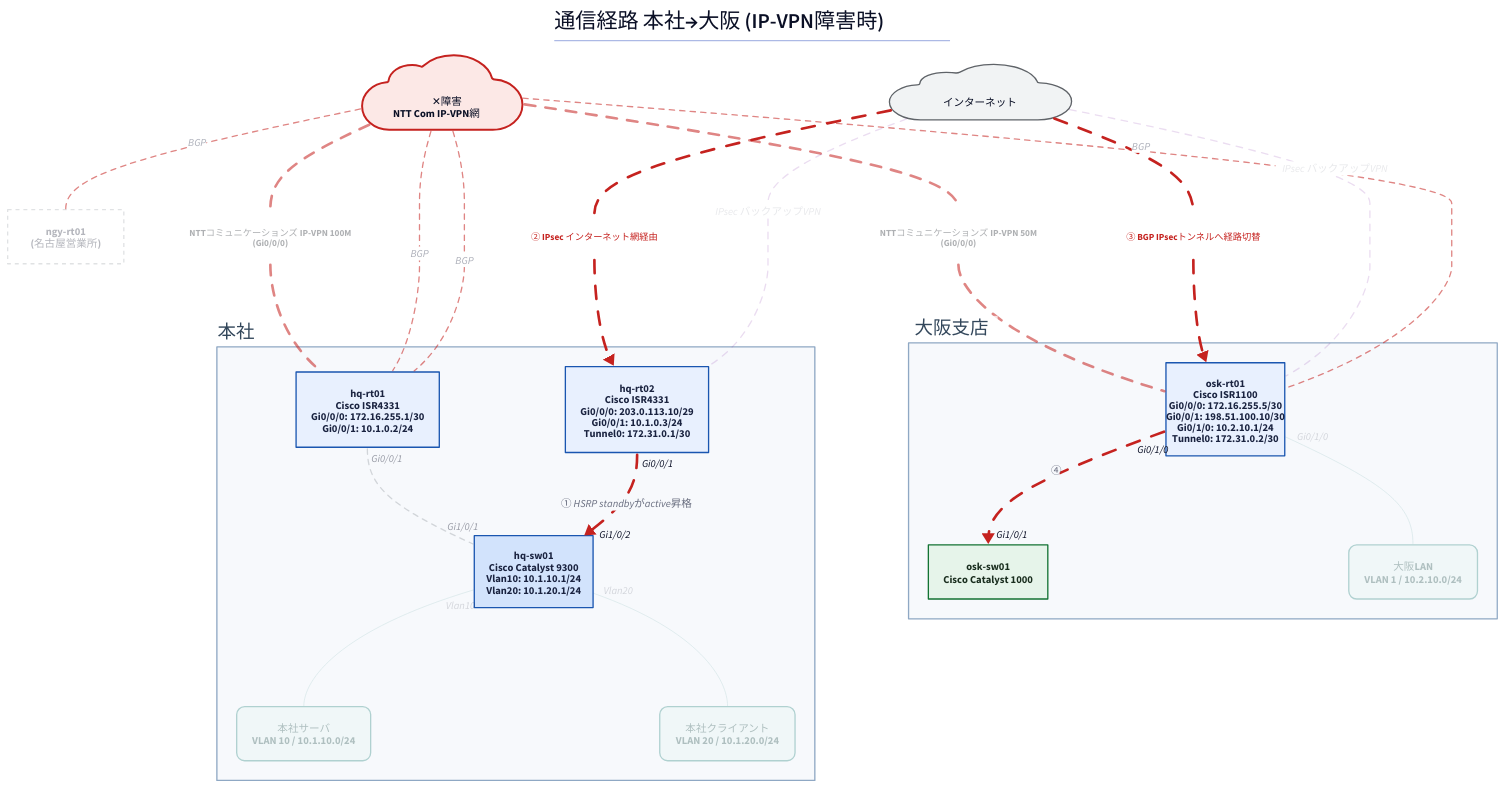
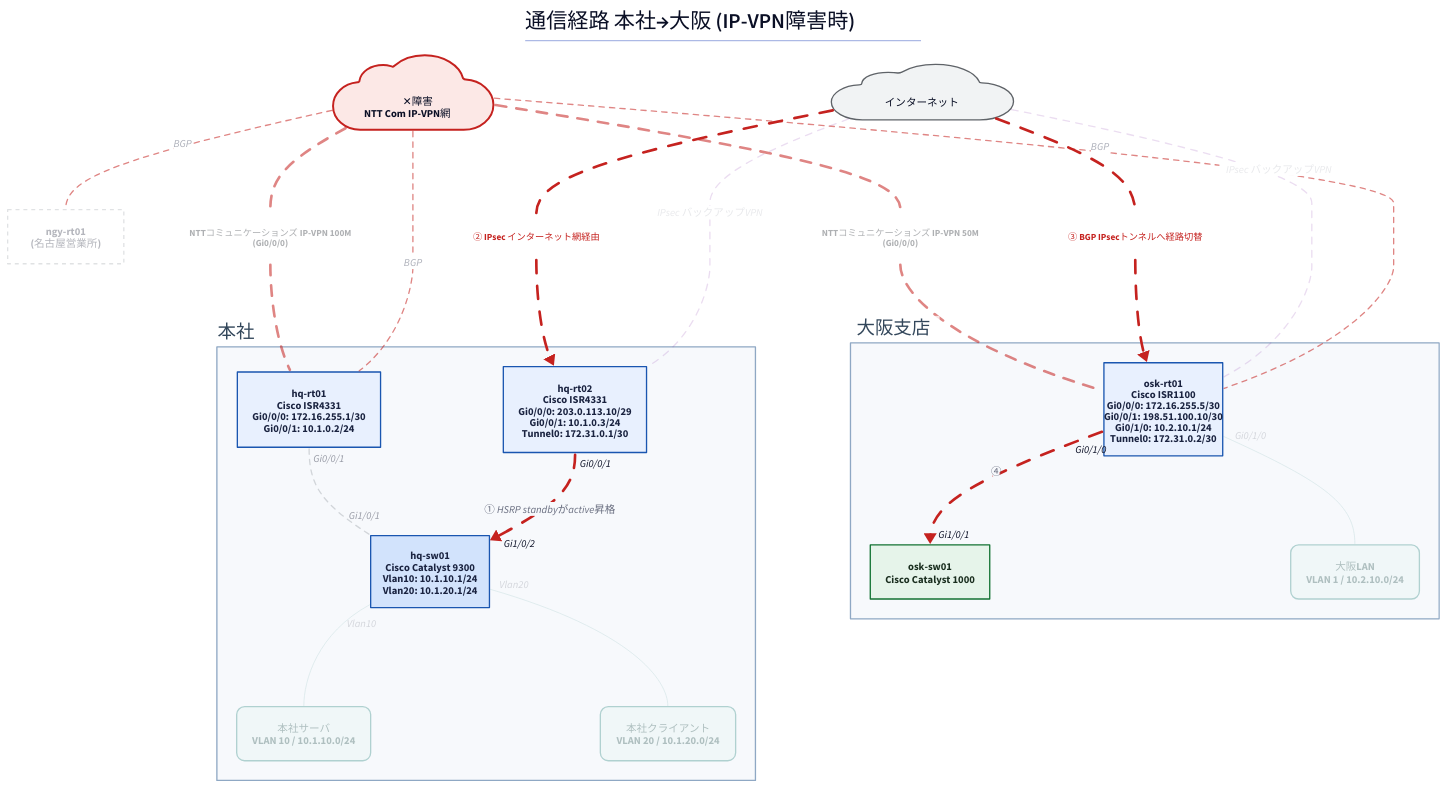
One commit to thinas1115/nwdsl changed the diagram in examples/sample-corp/generated/path-ipvpn-fail.d2. Above: the diagram before and after it, drawn with D2. The commit also changed 31 other files, not shown here.

```diff
--- a/examples/sample-corp/generated/path-ipvpn-fail.d2
+++ b/examples/sample-corp/generated/path-ipvpn-fail.d2
@@ -1,70 +1,69 @@
 title: |md
   # 通信経路 本社→大阪 (IP-VPN障害時)
 | {near: top-center}
 direction: down
 
 classes: {
   role-router: {style.fill: "#e8f0fe"; style.stroke: "#1a56b0"; style.font-color: "#1a2340"}
   role-l3switch: {style.fill: "#d2e3fc"; style.stroke: "#1a56b0"; style.font-color: "#1a2340"}
   role-l2switch: {style.fill: "#e6f4ea"; style.stroke: "#137333"; style.font-color: "#1a2e1f"}
   role-firewall: {style.fill: "#fce8e6"; style.stroke: "#c5221f"; style.font-color: "#3c1a19"}
   role-other: {style.fill: "#f1f3f4"; style.stroke: "#5f6368"; style.font-color: "#202124"}
   node-cloud: {shape: cloud; style.fill: "#f1f3f4"; style.stroke: "#5f6368"}
   node-site: {style.fill: "#fff8e1"; style.stroke: "#b58105"; style.font-color: "#4a3a08"}
   node-segment: {style.fill: "#e2f5f0"; style.stroke: "#0f766e"; style.font-color: "#0b3d38"; style.border-radius: 12}
   node-external: {style.fill: "#ffffff"; style.stroke: "#9aa0a6"; style.stroke-dash: 3}
   group-site: {style.fill: "#f7f9fc"; style.stroke: "#8fa8c4"; style.font-color: "#33475b"}
   edge-label: {style.fill: "transparent"; style.stroke: "transparent"; style.font-size: 14; style.font-color: "#5f6368"; style.italic: true}
   edge-lan-cable: {style.stroke: "#4a4a4a"; style.stroke-width: 2}
   edge-wan-circuit: {style.stroke: "#1a73e8"; style.stroke-width: 4}
   edge-tunnel: {style.stroke: "#7b1fa2"; style.stroke-width: 2; style.stroke-dash: 5}
   edge-logical: {style.stroke: "#188038"; style.stroke-width: 2; style.stroke-dash: 3}
   edge-segment: {style.stroke: "#0f766e"; style.stroke-width: 1}
 }
 
 s_hq: "本社" {
   class: group-site
   label.near: outside-top-left
   n_hq_rt01: "hq-rt01\nCisco ISR4331\nGi0/0/0: 172.16.255.1/30\nGi0/0/1: 10.1.0.2/24" {class: role-router}
   n_hq_sw01: "hq-sw01\nCisco Catalyst 9300\nVlan10: 10.1.10.1/24\nVlan20: 10.1.20.1/24" {class: role-l3switch; width: 180}
   n_hq_rt02: "hq-rt02\nCisco ISR4331\nGi0/0/0: 203.0.113.10/29\nGi0/0/1: 10.1.0.3/24\nTunnel0: 172.31.0.1/30" {class: role-router}
   n_seg__hq_server: "本社サーバ\nVLAN 10 / 10.1.10.0/24" {class: node-segment; style.opacity: 0.3}
   n_seg__hq_client: "本社クライアント\nVLAN 20 / 10.1.20.0/24" {class: node-segment; style.opacity: 0.3}
 }
 
 s_osk: "大阪支店" {
   class: group-site
   label.near: outside-top-left
   n_osk_rt01: "osk-rt01\nCisco ISR1100\nGi0/0/0: 172.16.255.5/30\nGi0/0/1: 198.51.100.10/30\nGi0/1/0: 10.2.10.1/24\nTunnel0: 172.31.0.2/30" {class: role-router; width: 180}
   n_osk_sw01: "osk-sw01\nCisco Catalyst 1000" {class: role-l2switch}
   n_seg__osk_lan: "大阪LAN\nVLAN 1 / 10.2.10.0/24" {class: node-segment; style.opacity: 0.3}
 }
 
 n_ipvpn: "　✕障害\nNTT Com IP-VPN網　" {class: node-cloud; style.stroke: "#c5221f"; style.fill: "#fce8e6"; style.stroke-width: 3}
 n_internet: "　インターネット　" {class: node-cloud}
 n_ngy_rt01: "ngy-rt01\n(名古屋営業所)" {class: node-external; style.opacity: 0.3}
 
 s_hq.n_hq_rt01 -- s_hq.n_hq_sw01 {class: edge-lan-cable; source-arrowhead.label: "Gi0/0/1"; target-arrowhead.label: "Gi1/0/1"; style.stroke: "#9aa0a6"; style.stroke-dash: 4; style.opacity: 0.4}
 s_hq.n_hq_rt02 -> s_hq.n_hq_sw01: "① HSRP standbyがactive昇格" {class: edge-lan-cable; source-arrowhead.label: "Gi0/0/1"; target-arrowhead.label: "Gi1/0/2"; style.stroke: "#c5221f"; style.stroke-width: 4; style.animated: true}
 s_osk.n_osk_rt01 -> s_osk.n_osk_sw01: "④" {class: edge-lan-cable; source-arrowhead.label: "Gi0/1/0"; target-arrowhead.label: "Gi1/0/1"; style.stroke: "#c5221f"; style.stroke-width: 4; style.animated: true}
 lbl_3: "NTTコミュニケーションズ IP-VPN 100M\n(Gi0/0/0)" {class: edge-label; style.opacity: 0.5}
 n_ipvpn -- lbl_3 {class: edge-wan-circuit; style.stroke: "#c5221f"; style.stroke-dash: 4; style.opacity: 0.55}
 lbl_3 -- s_hq.n_hq_rt01 {class: edge-wan-circuit; style.stroke: "#c5221f"; style.stroke-dash: 4; style.opacity: 0.55}
 lbl_4: "NTTコミュニケーションズ IP-VPN 50M\n(Gi0/0/0)" {class: edge-label; style.opacity: 0.5}
 n_ipvpn -- lbl_4 {class: edge-wan-circuit; style.stroke: "#c5221f"; style.stroke-dash: 4; style.opacity: 0.55}
 lbl_4 -- s_osk.n_osk_rt01 {class: edge-wan-circuit; style.stroke: "#c5221f"; style.stroke-dash: 4; style.opacity: 0.55}
 lbl_5: "② IPsec インターネット網経由" {class: edge-label; style.font-color: "#c5221f"; style.bold: true}
 n_internet -- lbl_5 {class: edge-wan-circuit; style.stroke: "#c5221f"; style.stroke-width: 4; style.animated: true}
 lbl_5 -> s_hq.n_hq_rt02 {class: edge-wan-circuit; style.stroke: "#c5221f"; style.stroke-width: 4; style.animated: true}
 lbl_6: "③ BGP IPsecトンネルへ経路切替" {class: edge-label; style.font-color: "#c5221f"; style.bold: true}
 n_internet -- lbl_6 {class: edge-wan-circuit; style.stroke: "#c5221f"; style.stroke-width: 4; style.animated: true}
 lbl_6 -> s_osk.n_osk_rt01 {class: edge-wan-circuit; style.stroke: "#c5221f"; style.stroke-width: 4; style.animated: true}
 n_internet -- s_hq.n_hq_rt02: "IPsec バックアップVPN" {class: edge-tunnel; style.opacity: 0.15}
 n_internet -- s_osk.n_osk_rt01: "IPsec バックアップVPN" {class: edge-tunnel; style.opacity: 0.15}
 n_ipvpn -- s_hq.n_hq_rt01: "BGP" {class: edge-logical; style.stroke: "#c5221f"; style.stroke-dash: 4; style.opacity: 0.55}
 n_ipvpn -- s_osk.n_osk_rt01: "BGP" {class: edge-logical; style.stroke: "#c5221f"; style.stroke-dash: 4; style.opacity: 0.55}
-n_ipvpn -- s_hq.n_hq_rt01: "BGP" {class: edge-logical; style.stroke: "#c5221f"; style.stroke-dash: 4; style.opacity: 0.55}
 n_ipvpn -- n_ngy_rt01: "BGP" {class: edge-logical; style.stroke: "#c5221f"; style.stroke-dash: 4; style.opacity: 0.55}
 s_hq.n_hq_sw01 -- s_hq.n_seg__hq_server {class: edge-segment; source-arrowhead.label: "Vlan10"; style.opacity: 0.15}
 s_hq.n_hq_sw01 -- s_hq.n_seg__hq_client {class: edge-segment; source-arrowhead.label: "Vlan20"; style.opacity: 0.15}
 s_osk.n_osk_rt01 -- s_osk.n_seg__osk_lan {class: edge-segment; source-arrowhead.label: "Gi0/1/0"; style.opacity: 0.15}
```
